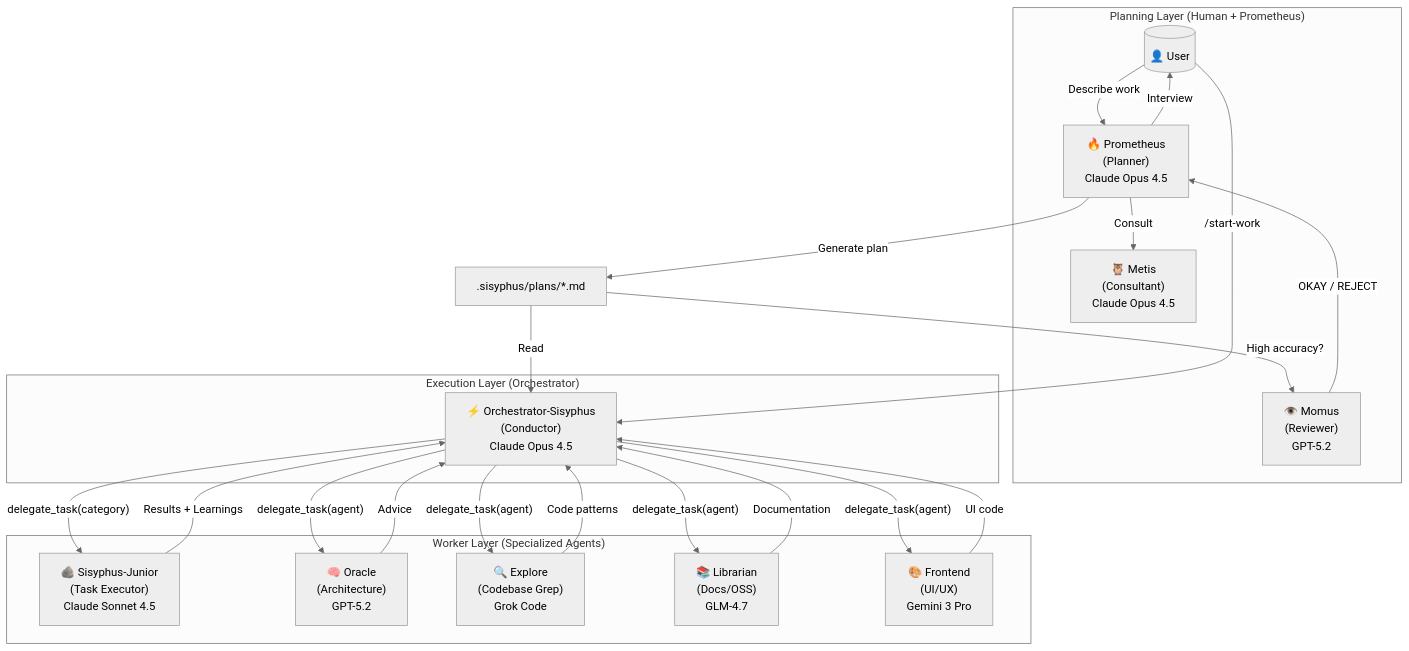
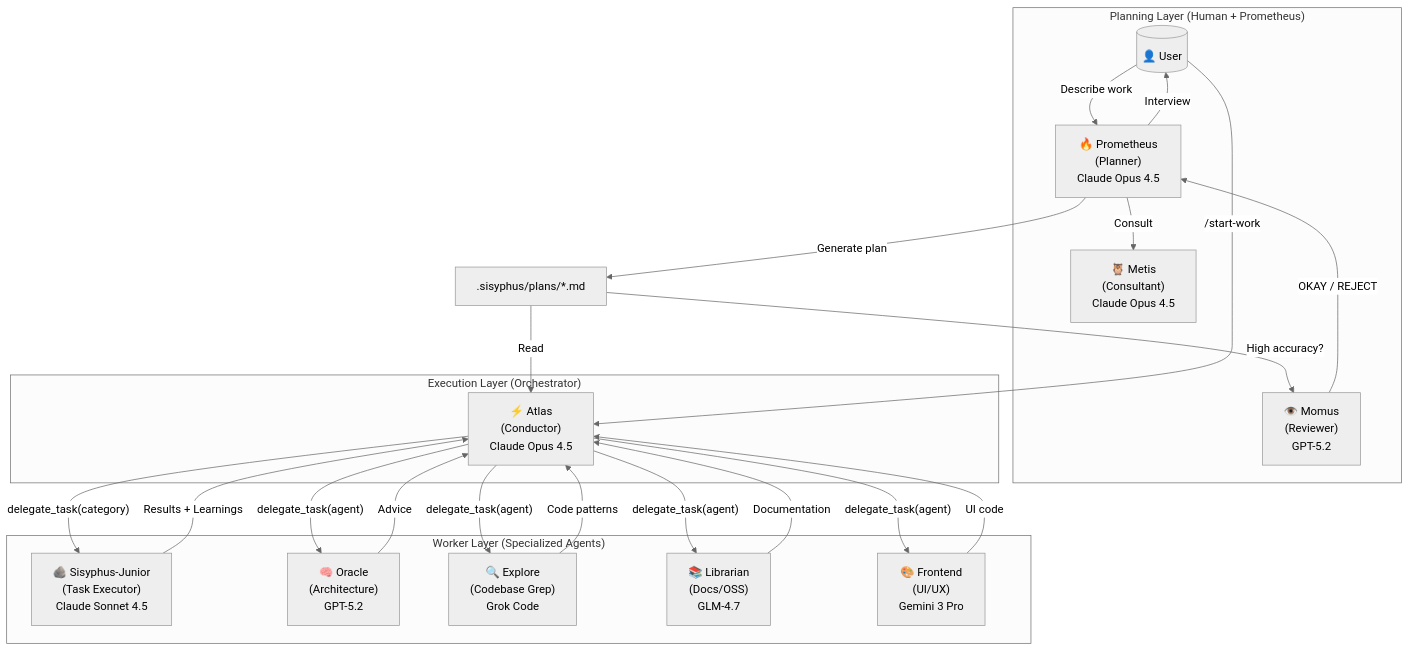
One commit to code-yeongyu/oh-my-openagent changed the first of 4 diagrams in docs/guide/understanding-orchestration-system.md. Above: the diagram before and after it, drawn with Mermaid (neutral theme). The commit also changed other lines of this file and 2 other files, not shown here.

Commit message:
docs: rename Orchestrator-Sisyphus to Atlas

````diff
--- a/docs/guide/understanding-orchestration-system.md
+++ b/docs/guide/understanding-orchestration-system.md
@@ -22,43 +22,43 @@
 ```mermaid
 flowchart TB
     subgraph Planning["Planning Layer (Human + Prometheus)"]
         User[("👤 User")]
         Prometheus["🔥 Prometheus<br/>(Planner)<br/>Claude Opus 4.5"]
         Metis["🦉 Metis<br/>(Consultant)<br/>Claude Opus 4.5"]
         Momus["👁️ Momus<br/>(Reviewer)<br/>GPT-5.2"]
     end
     
     subgraph Execution["Execution Layer (Orchestrator)"]
-        Orchestrator["⚡ Orchestrator-Sisyphus<br/>(Conductor)<br/>Claude Opus 4.5"]
+        Orchestrator["⚡ Atlas<br/>(Conductor)<br/>Claude Opus 4.5"]
     end
     
     subgraph Workers["Worker Layer (Specialized Agents)"]
         Junior["🪨 Sisyphus-Junior<br/>(Task Executor)<br/>Claude Sonnet 4.5"]
         Oracle["🧠 Oracle<br/>(Architecture)<br/>GPT-5.2"]
         Explore["🔍 Explore<br/>(Codebase Grep)<br/>Grok Code"]
         Librarian["📚 Librarian<br/>(Docs/OSS)<br/>GLM-4.7"]
         Frontend["🎨 Frontend<br/>(UI/UX)<br/>Gemini 3 Pro"]
     end
     
     User -->|"Describe work"| Prometheus
     Prometheus -->|"Consult"| Metis
     Prometheus -->|"Interview"| User
     Prometheus -->|"Generate plan"| Plan[".sisyphus/plans/*.md"]
     Plan -->|"High accuracy?"| Momus
     Momus -->|"OKAY / REJECT"| Prometheus
     
     User -->|"/start-work"| Orchestrator
     Plan -->|"Read"| Orchestrator
     
     Orchestrator -->|"delegate_task(category)"| Junior
     Orchestrator -->|"delegate_task(agent)"| Oracle
     Orchestrator -->|"delegate_task(agent)"| Explore
     Orchestrator -->|"delegate_task(agent)"| Librarian
     Orchestrator -->|"delegate_task(agent)"| Frontend
     
     Junior -->|"Results + Learnings"| Orchestrator
     Oracle -->|"Advice"| Orchestrator
     Explore -->|"Code patterns"| Orchestrator
     Librarian -->|"Documentation"| Orchestrator
     Frontend -->|"UI code"| Orchestrator
 ```
````
